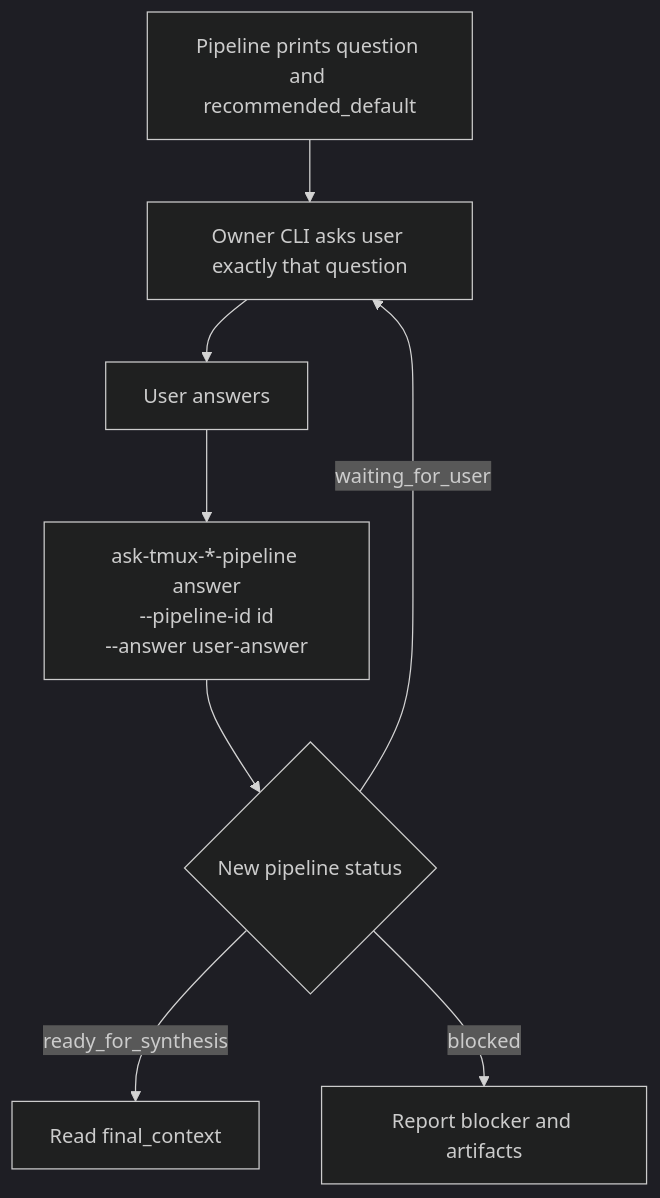
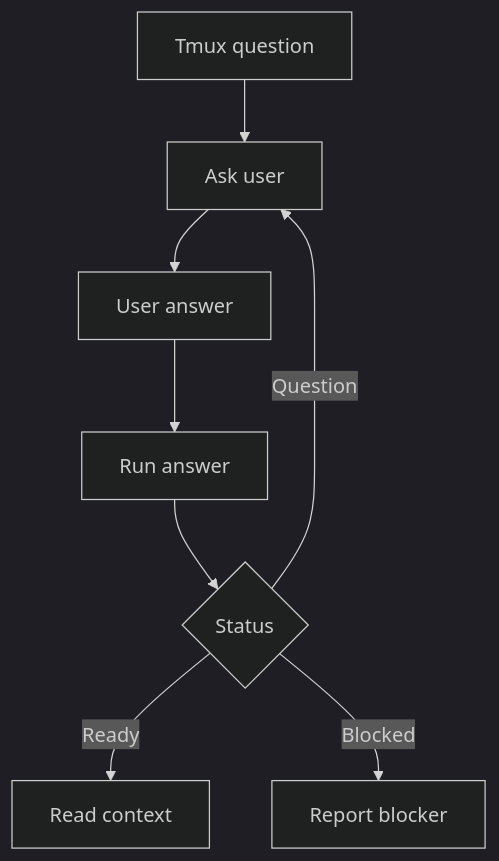
Before and after one commit to TrailblazerSR/ask-tmux-pipeline: the fifth of 7 diagrams in README.md, drawn with Mermaid (dark theme). The commit also changed other lines of this file, not shown here.

First line of the commit message:
Make README flowcharts render without clipped labels

````diff
--- a/README.md
+++ b/README.md
@@ -159,10 +173,13 @@
 ```mermaid
 flowchart TD
-  A[Pipeline prints question and recommended_default] --> B[Owner CLI asks user exactly that question]
-  B --> C[User answers]
-  C --> D[ask-tmux-*-pipeline answer<br/>--pipeline-id id<br/>--answer user-answer]
-  D --> E{New pipeline status}
-  E -->|ready_for_synthesis| F[Read final_context]
-  E -->|waiting_for_user| B
-  E -->|blocked| G[Report blocker and artifacts]
+    accTitle: Clarification Relay
+    accDescr: Clarification flow for relaying a tmux CLI question to the user and sending the answer back into the same pipeline
+
+    tmux_question[Tmux question] --> ask_owner[Ask user]
+    ask_owner --> user_answer[User answer]
+    user_answer --> run_answer[Run answer]
+    run_answer --> next_status{Status}
+    next_status -->|Ready| read_context[Read context]
+    next_status -->|Question| ask_owner
+    next_status -->|Blocked| report_blocker[Report blocker]
 ```
````
